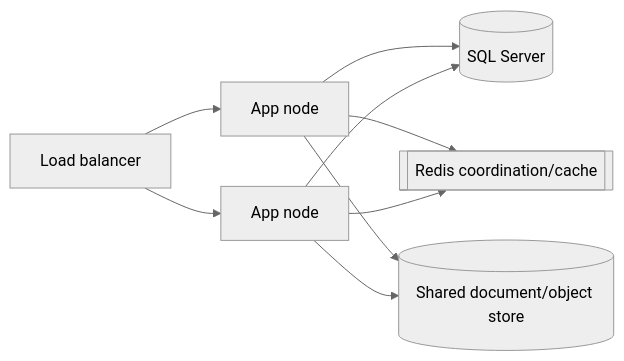
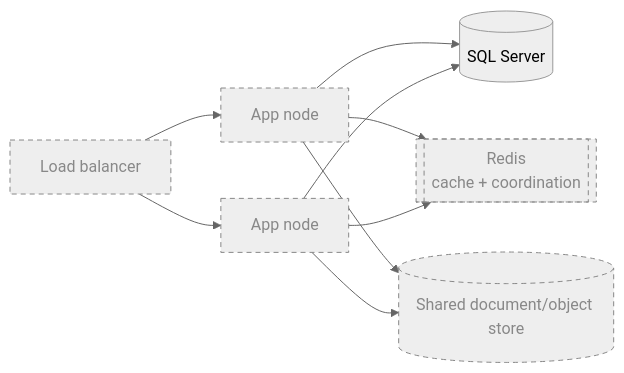
One commit to PoulaAdel/DealerFOSS changed the second of 2 diagrams in docs/diagrams/07-deployment.md. Above: the diagram before and after it, drawn with Mermaid (neutral theme). The commit also changed other lines of this file and 4 other files, not shown here.

First line of the commit message:
docs: the last three diagrams stop describing a system we did not build

````diff
--- a/docs/diagrams/07-deployment.md
+++ b/docs/diagrams/07-deployment.md
@@ -32,11 +58,14 @@
 ```mermaid
 flowchart LR
     LB["Load balancer"] --> A1["App node"]
     LB --> A2["App node"]
     A1 --> SQL[("SQL Server")]
     A2 --> SQL
-    A1 --> Redis[["Redis coordination/cache"]]
+    A1 --> Redis[["Redis<br/>cache + coordination"]]
     A2 --> Redis
     A1 --> Objects[("Shared document/object store")]
     A2 --> Objects
+
+    classDef planned stroke-dasharray:5 4,color:#888,stroke:#888
+    class LB,A1,A2,Redis,Objects planned
 ```
````
